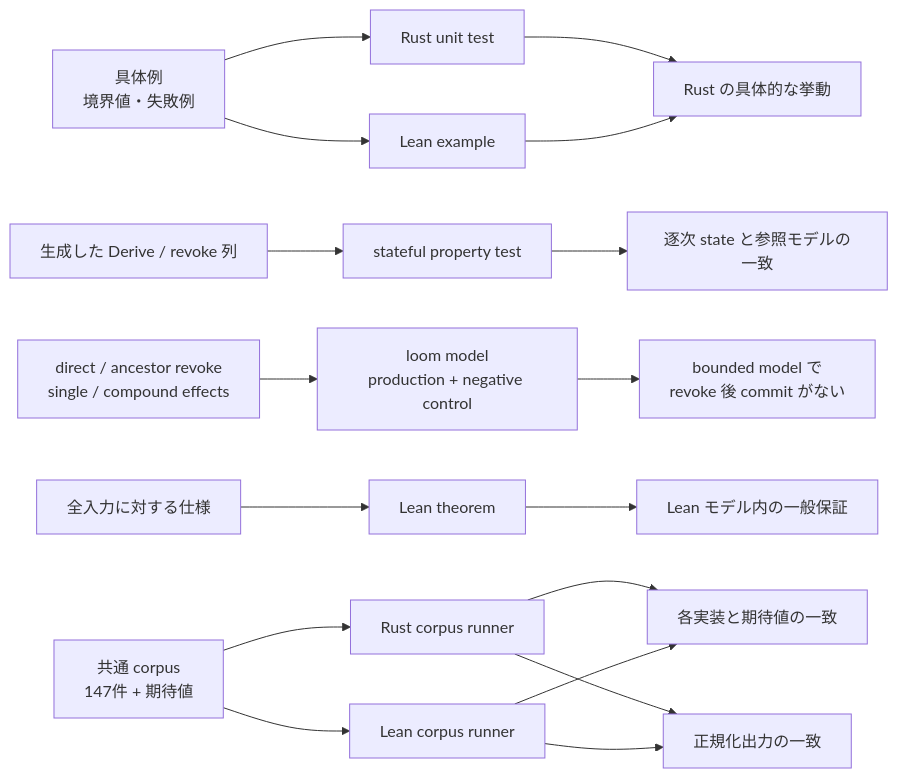
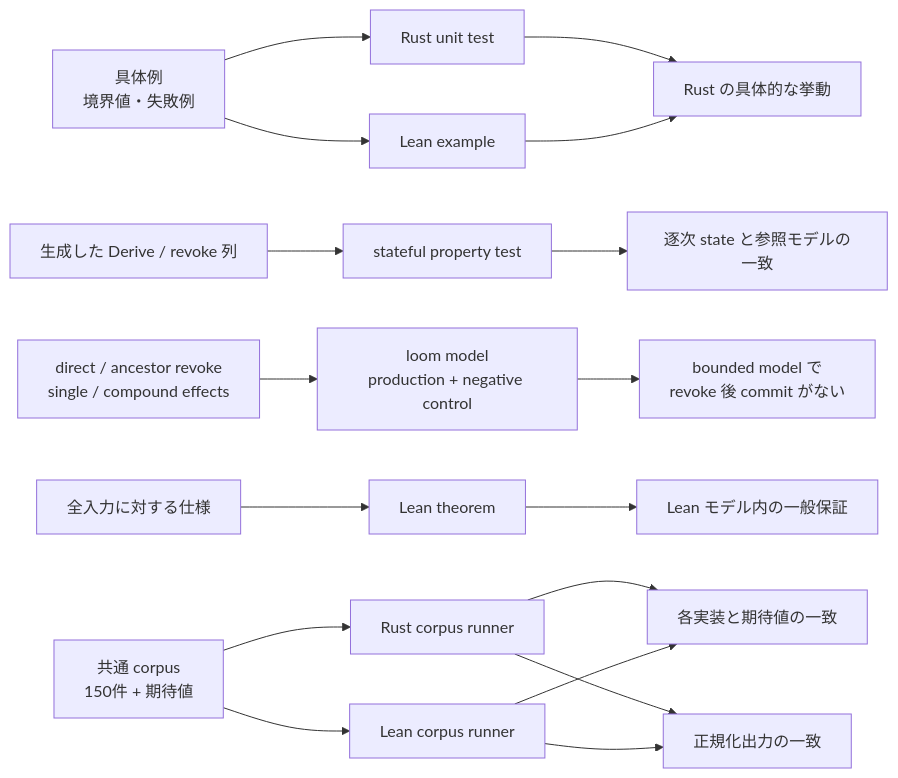
One commit to Aqua-218/SecCamp-AIAgent changed the diagram in docs/authority-core/verification.md. Above: the diagram before and after it, drawn with Mermaid. The commit also changed other lines of this file, not shown here.

````diff
--- a/docs/authority-core/verification.md
+++ b/docs/authority-core/verification.md
@@ -22,20 +22,20 @@
 ```mermaid
 flowchart LR
     examples["具体例<br/>境界値・失敗例"] --> rust["Rust unit test"]
     sequences["生成した Derive / revoke 列"] --> property["stateful property test"]
     races["direct / ancestor revoke<br/>single / compound effects"] --> loom["loom model<br/>production + negative control"]
     examples --> leanExample["Lean example"]
     spec["全入力に対する仕様"] --> theorem["Lean theorem"]
-    corpus["共通 corpus<br/>147件 + 期待値"] --> rustRunner["Rust corpus runner"]
+    corpus["共通 corpus<br/>150件 + 期待値"] --> rustRunner["Rust corpus runner"]
     corpus --> leanRunner["Lean corpus runner"]
 
     rust --> confidence["Rust の具体的な挙動"]
     property --> stateConfidence["逐次 state と参照モデルの一致"]
     loom --> raceConfidence["bounded model で<br/>revoke 後 commit がない"]
     leanExample --> confidence
     theorem --> guarantee["Lean モデル内の一般保証"]
     rustRunner --> oracle["各実装と期待値の一致"]
     leanRunner --> oracle
     rustRunner --> diff["正規化出力の一致"]
     leanRunner --> diff
 ```
````
